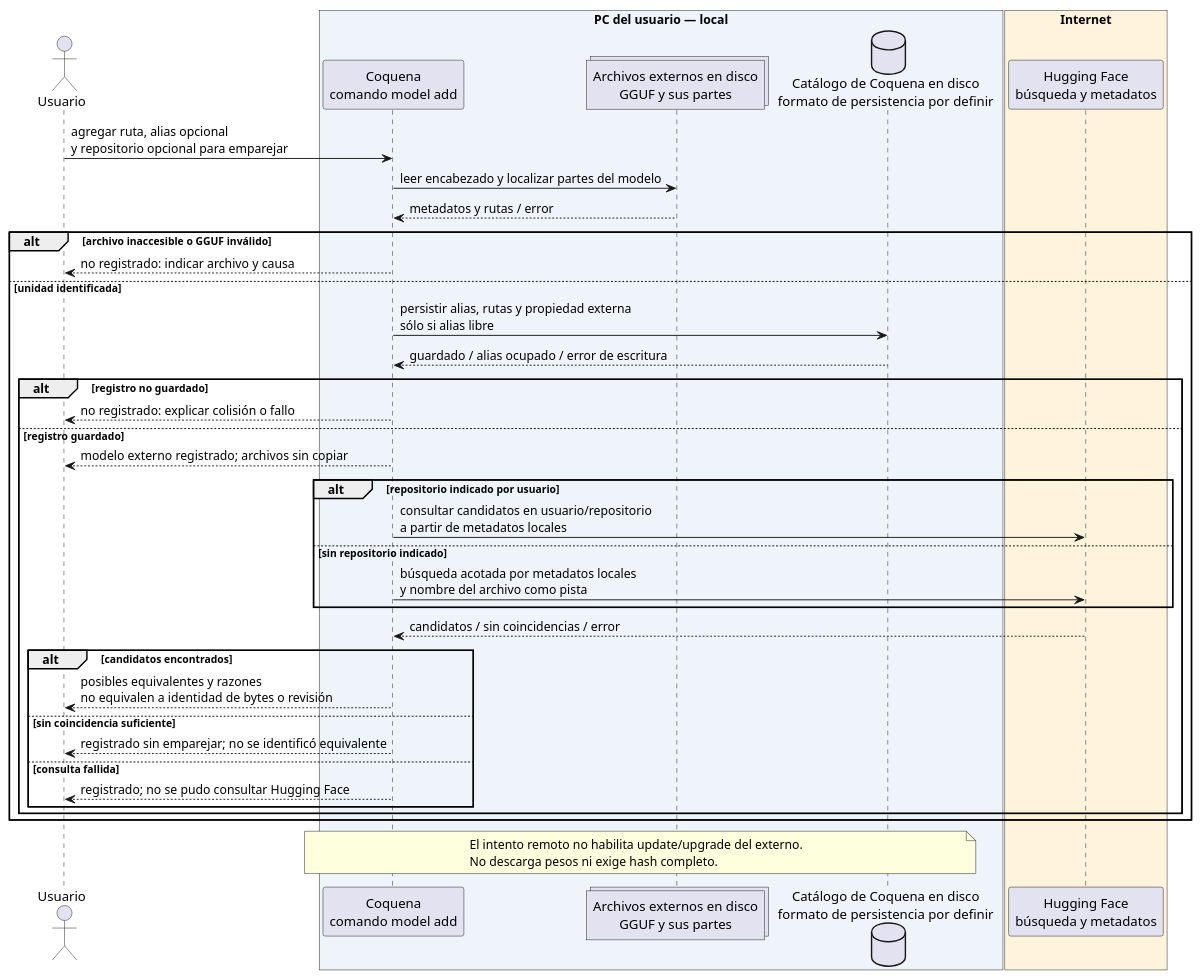
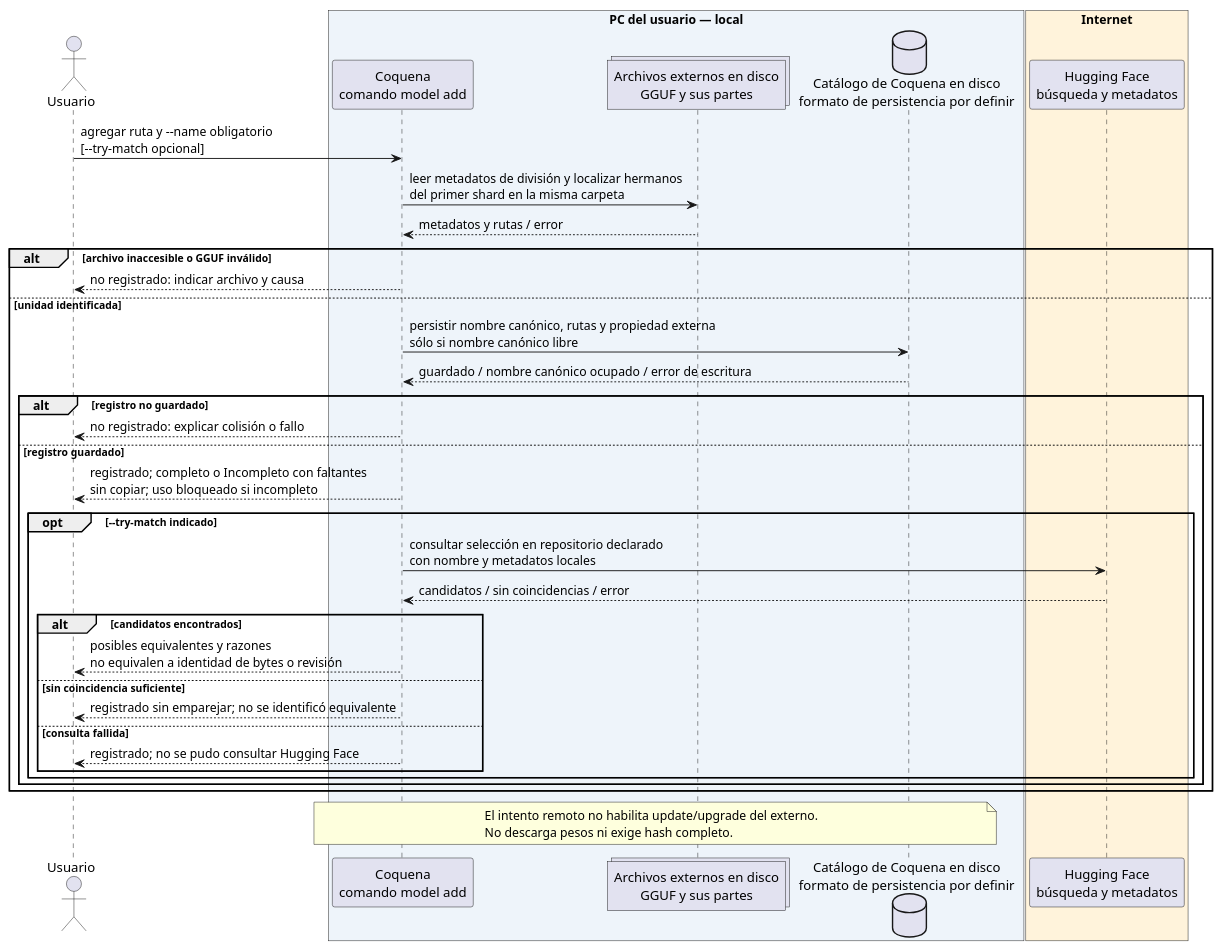
One commit to mstranich/coquena changed the first of 7 diagrams in docs/secuencias.md. Above: the diagram before and after it, drawn with PlantUML. The commit also changed other lines of this file and 7 other files, not shown here.

````diff
--- a/docs/secuencias.md
+++ b/docs/secuencias.md
@@ -36,44 +36,42 @@
 ```plantuml
 @startuml
 actor Usuario as U
 box "PC del usuario — local" #EEF4FA
 participant "Coquena\ncomando model add" as C
 collections "Archivos externos en disco\nGGUF y sus partes" as F
 database "Catálogo de Coquena en disco\nformato de persistencia por definir" as I
 end box
 box "Internet" #FFF3DB
 participant "Hugging Face\nbúsqueda y metadatos" as HF
 end box
-U -> C : agregar ruta, alias opcional\ny repositorio opcional para emparejar
-C -> F : leer encabezado y localizar partes del modelo
+U -> C : agregar ruta y --name obligatorio\n[--try-match opcional]
+C -> F : leer metadatos de división y localizar hermanos\ndel primer shard en la misma carpeta
 F --> C : metadatos y rutas / error
 alt archivo inaccesible o GGUF inválido
   C --> U : no registrado: indicar archivo y causa
 else unidad identificada
-  C -> I : persistir alias, rutas y propiedad externa\nsólo si alias libre
-  I --> C : guardado / alias ocupado / error de escritura
+  C -> I : persistir nombre canónico, rutas y propiedad externa\nsólo si nombre canónico libre
+  I --> C : guardado / nombre canónico ocupado / error de escritura
   alt registro no guardado
     C --> U : no registrado: explicar colisión o fallo
   else registro guardado
-    C --> U : modelo externo registrado; archivos sin copiar
-    alt repositorio indicado por usuario
-      C -> HF : consultar candidatos en usuario/repositorio\na partir de metadatos locales
-    else sin repositorio indicado
-      C -> HF : búsqueda acotada por metadatos locales\ny nombre del archivo como pista
-    end
+    C --> U : registrado; completo o Incompleto con faltantes\nsin copiar; uso bloqueado si incompleto
+    opt --try-match indicado
+      C -> HF : consultar selección en repositorio declarado\ncon nombre y metadatos locales
     HF --> C : candidatos / sin coincidencias / error
     alt candidatos encontrados
       C --> U : posibles equivalentes y razones\nno equivalen a identidad de bytes o revisión
     else sin coincidencia suficiente
       C --> U : registrado sin emparejar; no se identificó equivalente
     else consulta fallida
       C --> U : registrado; no se pudo consultar Hugging Face
+    end
     end
   end
 end
 note over C,I
   El intento remoto no habilita update/upgrade del externo.
   No descarga pesos ni exige hash completo.
 end note
 @enduml
 ```
````
